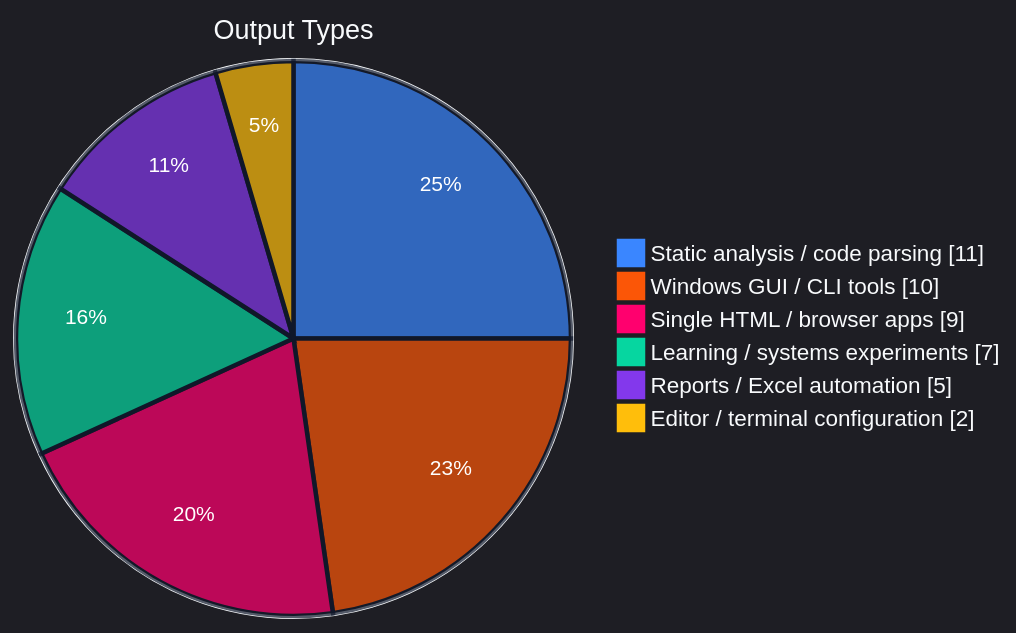
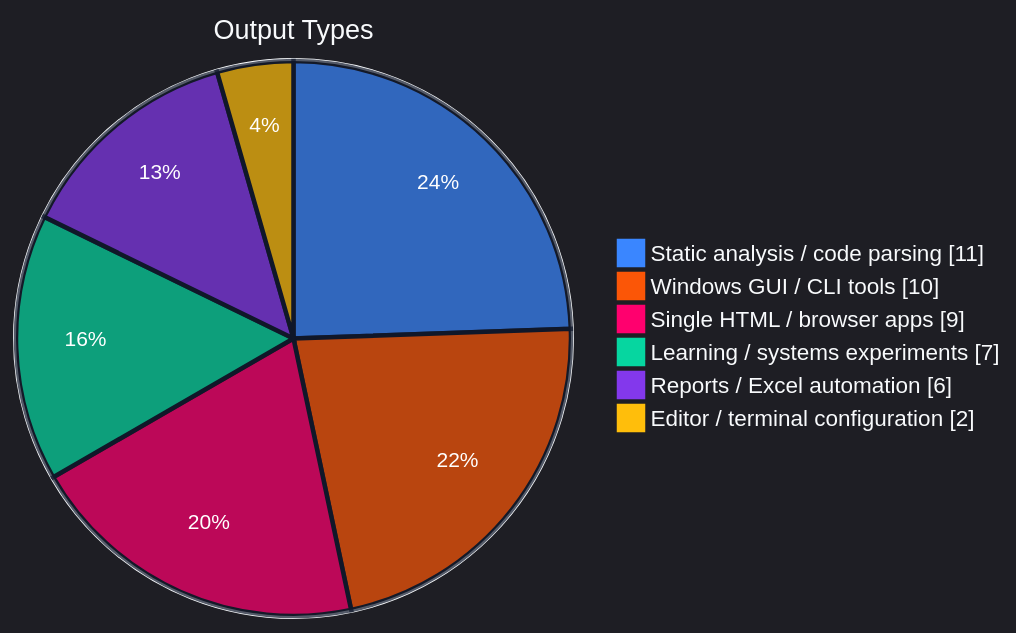
The second of 4 diagrams in README.md (SSsan-00/SSsan-00), drawn with Mermaid before and after one commit. The commit also changed other lines of this file and 2 other files, not shown here.

````diff
--- a/README.md
+++ b/README.md
@@ -56,11 +56,11 @@
 ```mermaid
 %%{init: {"theme":"dark","themeVariables":{"background":"#0f172a","mainBkg":"#0f172a","textColor":"#f8fafc","primaryTextColor":"#f8fafc","pieStrokeColor":"#0f172a","pieStrokeWidth":"3px","pieOuterStrokeColor":"#f8fafc","pieOuterStrokeWidth":"2px","pieTitleTextColor":"#f8fafc","pieTitleTextSize":"18px","pieLegendTextColor":"#f8fafc","pieLegendTextSize":"15px","pieSectionTextColor":"#ffffff","pieSectionTextSize":"14px","pie1":"#3a86ff","pie2":"#fb5607","pie3":"#ff006e","pie4":"#06d6a0","pie5":"#8338ec","pie6":"#ffbe0b"}}}%%
 pie showData
   title Output Types
   "Static analysis / code parsing" : 11
   "Windows GUI / CLI tools" : 10
   "Single HTML / browser apps" : 9
   "Learning / systems experiments" : 7
-  "Reports / Excel automation" : 5
+  "Reports / Excel automation" : 6
   "Editor / terminal configuration" : 2
 ```
````
